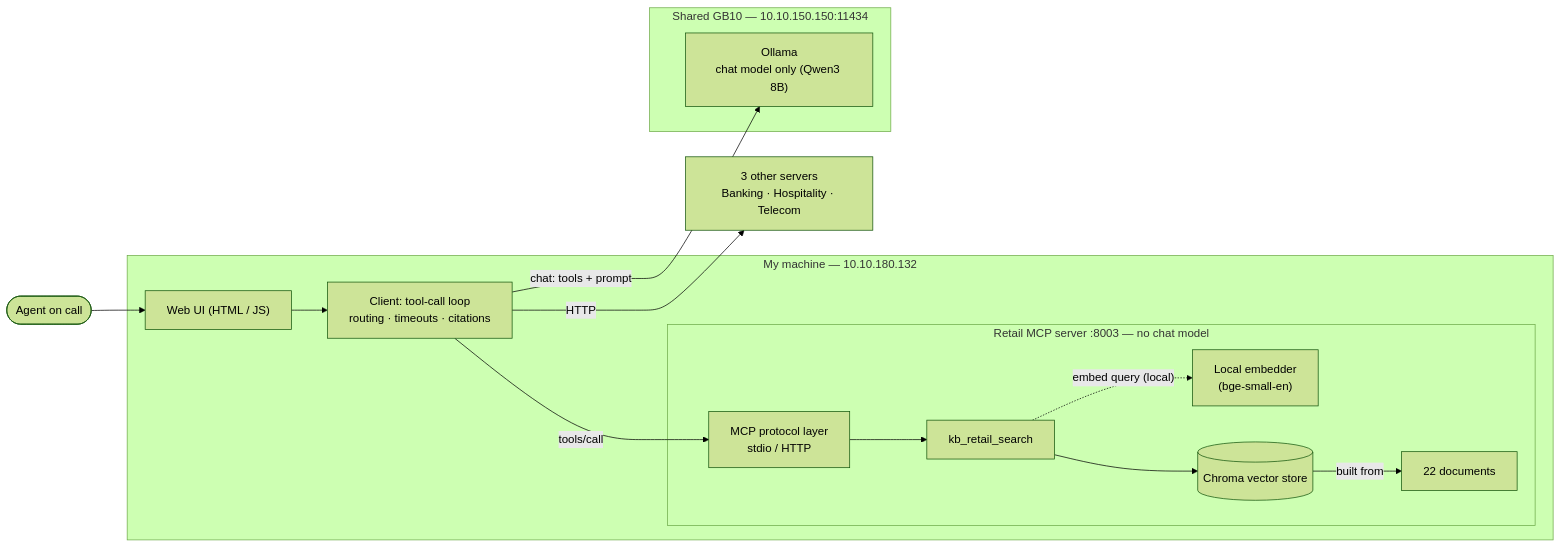
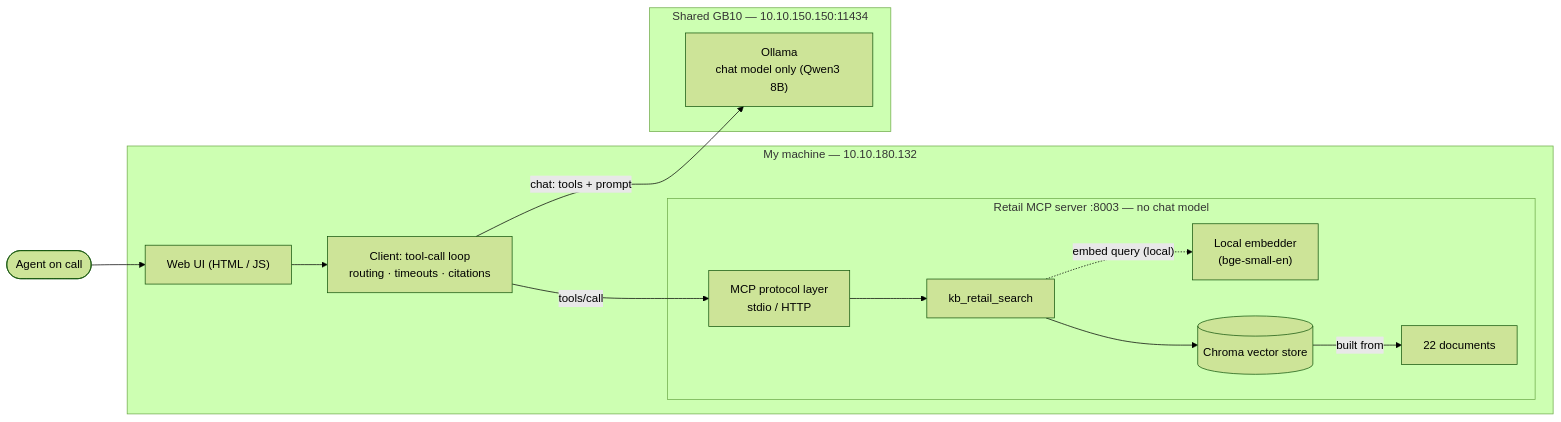
The first of 7 diagrams in docs/design_document.md (rishiupadhyaygithub/retail-mcp-chatbot), drawn with Mermaid (forest theme) before and after one commit. The commit also changed other lines of this file and 1 other file, not shown here.

Commit message:
docs: fix Figure 1 per instructor — remove peers box from chat path (was misrouting client->GB10 through other servers); note peers in caption

````diff
--- a/docs/design_document.md
+++ b/docs/design_document.md
@@ -42,26 +42,24 @@
 ```mermaid title="Figure 1 — Phase 1 architecture and data flow (retail)"
 flowchart LR
   user(["Agent on call"])
   subgraph host["My machine — 10.10.180.132"]
     ui["Web UI (HTML / JS)"]
     loop["Client: tool-call loop<br/>routing · timeouts · citations"]
     subgraph mcp["Retail MCP server :8003 — no chat model"]
       proto["MCP protocol layer<br/>stdio / HTTP"]
       search["kb_retail_search"]
       embed["Local embedder<br/>(bge-small-en)"]
       chroma[("Chroma vector store")]
       docs["22 documents"]
     end
   end
   subgraph gb10["Shared GB10 — 10.10.150.150:11434"]
     ollama["Ollama<br/>chat model only (Qwen3 8B)"]
   end
-  other["3 other servers<br/>Banking · Hospitality · Telecom"]
   user --> ui --> loop
   loop -- "chat: tools + prompt" --> ollama
   loop -- "tools/call" --> proto
   proto --> search --> chroma
   search -. "embed query (local)" .-> embed
   chroma -- "built from" --> docs
-  loop -- "HTTP" --> other
 ```
````
